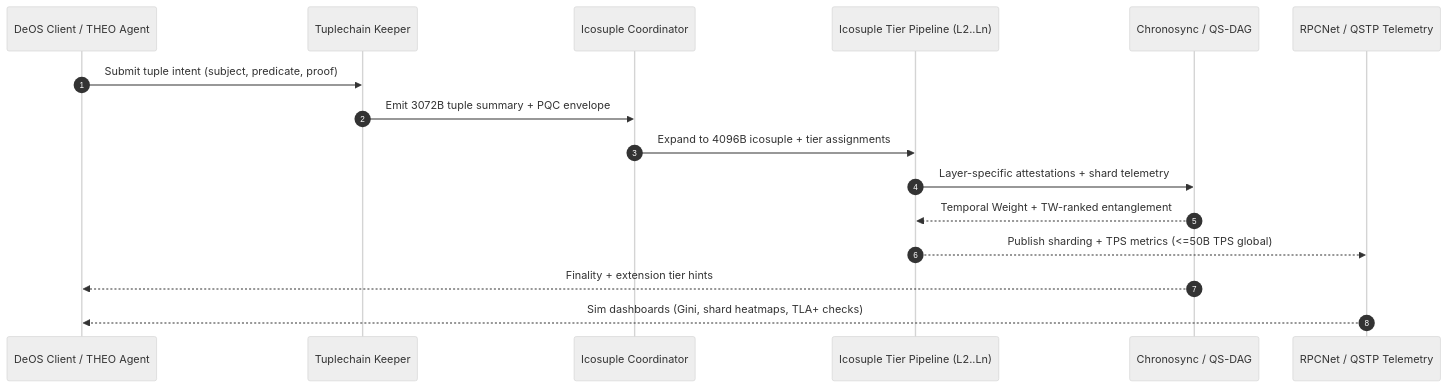
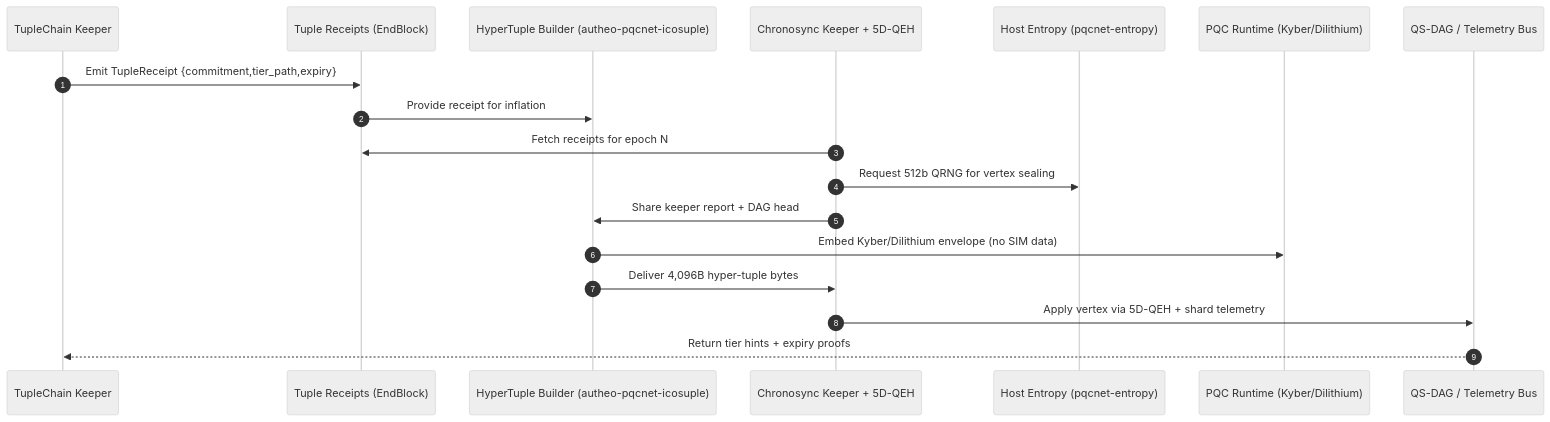
The diagram in pqcnet-contracts/autheo-pqcnet-icosuple/README.md (Lpierzina/pqc-tracing-bot), drawn with Mermaid (neutral theme) before and after one commit. The commit also changed other lines of this file and 811 other files, not shown here.

Commit message:
feat: Integrate tuplechain receipts into chronosync module (#51)

````diff
--- a/pqcnet-contracts/autheo-pqcnet-icosuple/README.md
+++ b/pqcnet-contracts/autheo-pqcnet-icosuple/README.md
@@ -21,19 +21,21 @@
 ```mermaid
 sequenceDiagram
     autonumber
-    participant Client as DeOS Client / THEO Agent
-    participant Tuple as Tuplechain Keeper
-    participant Ico as Icosuple Coordinator
-    participant Tiers as Icosuple Tier Pipeline (L2..Ln)
-    participant Chrono as Chronosync / QS-DAG
-    participant RPC as RPCNet / QSTP Telemetry
+    participant Tuple as TupleChain Keeper
+    participant Receipt as Tuple Receipts (EndBlock)
+    participant Ico as HyperTuple Builder (autheo-pqcnet-icosuple)
+    participant Chrono as Chronosync Keeper + 5D-QEH
+    participant Entropy as Host Entropy (pqcnet-entropy)
+    participant PQC as PQC Runtime (Kyber/Dilithium)
+    participant QSDAG as QS-DAG / Telemetry Bus
 
-    Client->>Tuple: Submit tuple intent (subject, predicate, proof)
-    Tuple->>Ico: Emit 3072B tuple summary + PQC envelope
-    Ico->>Tiers: Expand to 4096B icosuple + tier assignments
-    Tiers->>Chrono: Layer-specific attestations + shard telemetry
-    Chrono-->>Tiers: Temporal Weight + TW-ranked entanglement
-    Tiers-->>RPC: Publish sharding + TPS metrics (<=50B TPS global)
-    Chrono-->>Client: Finality + extension tier hints
-    RPC-->>Client: Sim dashboards (Gini, shard heatmaps, TLA+ checks)
-  ```
+    Tuple->>Receipt: Emit TupleReceipt {commitment,tier_path,expiry}
+    Receipt->>Ico: Provide receipt for inflation
+    Chrono->>Receipt: Fetch receipts for epoch N
+    Chrono->>Entropy: Request 512b QRNG for vertex sealing
+    Chrono->>Ico: Share keeper report + DAG head
+    Ico->>PQC: Embed Kyber/Dilithium envelope (no SIM data)
+    Ico->>Chrono: Deliver 4,096B hyper-tuple bytes
+    Chrono->>QSDAG: Apply vertex via 5D-QEH + shard telemetry
+    QSDAG-->>Tuple: Return tier hints + expiry proofs
+```
````
